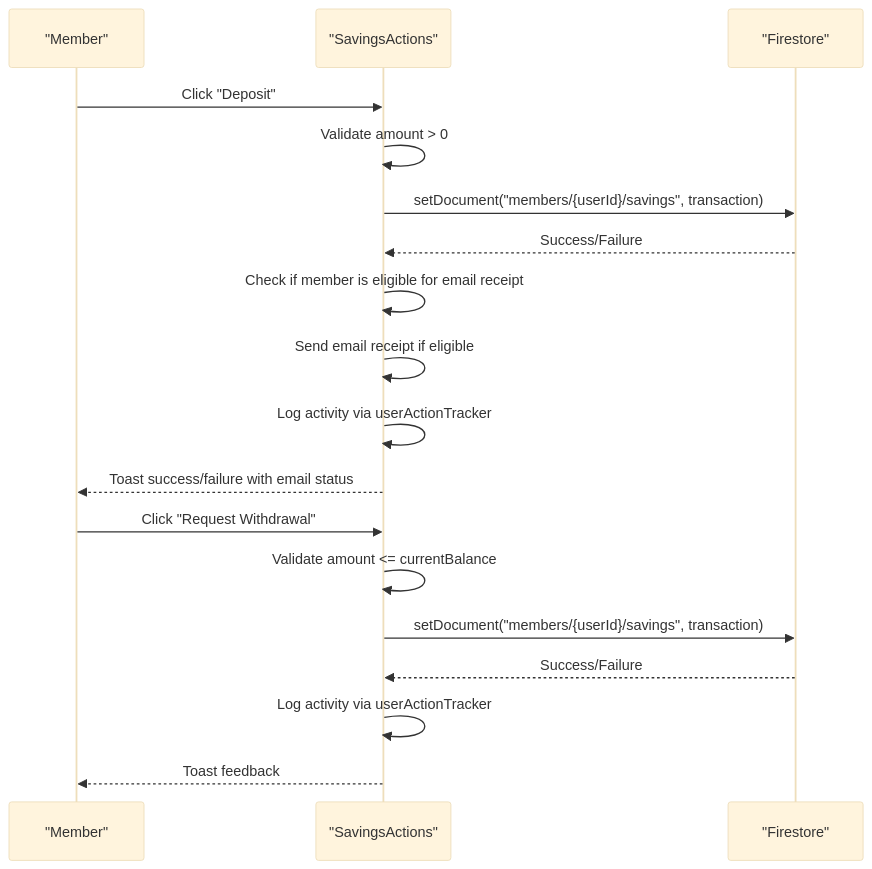
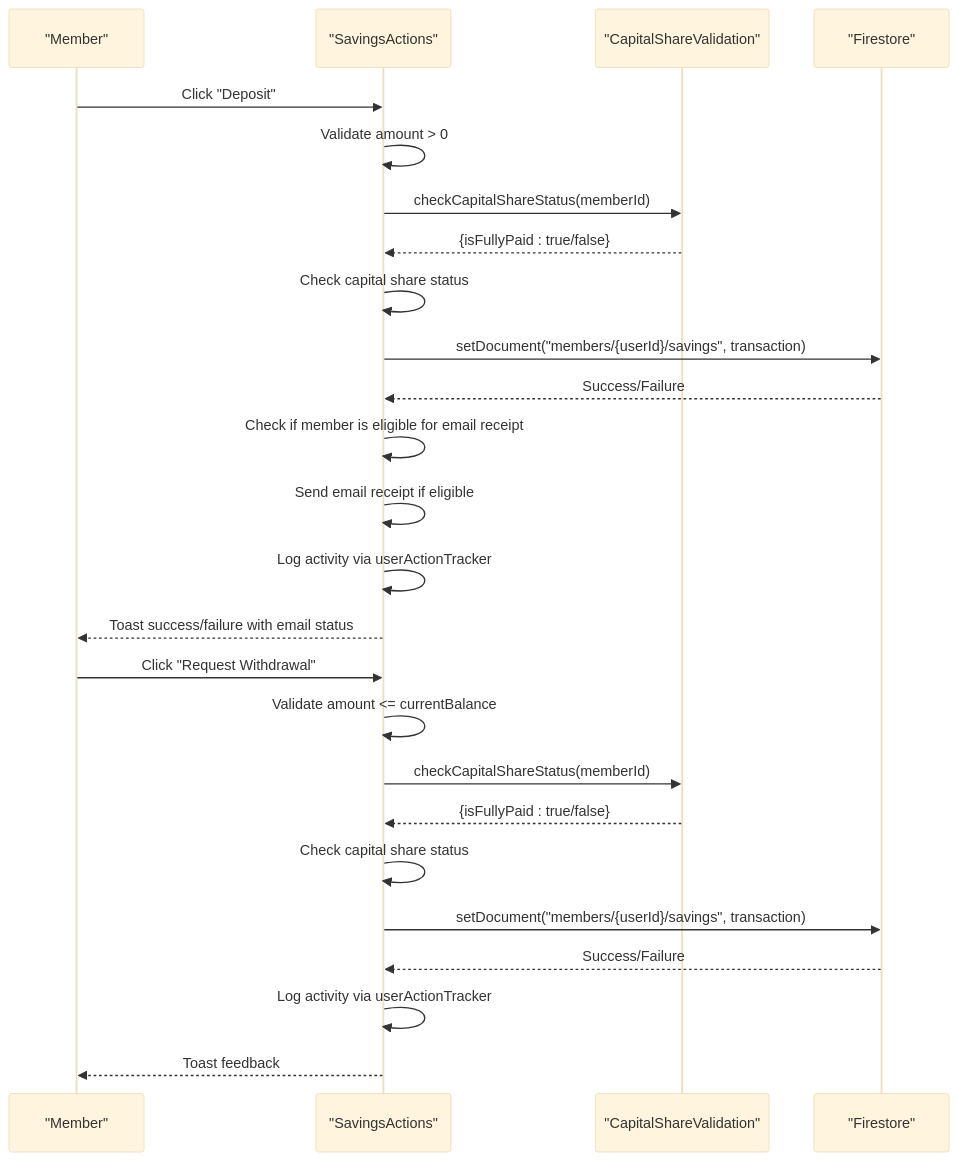
The tenth of 26 diagrams in .qoder/repowiki/en/content/Savings Management System/Savings Management System.md (Unsure-bry/sampacoop_system), drawn with Mermaid (base theme) before and after one commit. The commit also changed other lines of this file and 5 other files, not shown here.

````diff
--- a/.qoder/repowiki/en/content/Savings Management System/Savings Management System.md
+++ b/.qoder/repowiki/en/content/Savings Management System/Savings Management System.md
@@ -432,20 +500,27 @@
 ```mermaid
 sequenceDiagram
 participant M as "Member"
 participant UI as "SavingsActions"
+participant CS as "CapitalShareValidation"
 participant FS as "Firestore"
 M->>UI : Click "Deposit"
 UI->>UI : Validate amount > 0
+UI->>CS : checkCapitalShareStatus(memberId)
+CS-->>UI : {isFullyPaid : true/false}
+UI->>UI : Check capital share status
 UI->>FS : setDocument("members/{userId}/savings", transaction)
 FS-->>UI : Success/Failure
 UI->>UI : Check if member is eligible for email receipt
 UI->>UI : Send email receipt if eligible
 UI->>UI : Log activity via userActionTracker
 UI-->>M : Toast success/failure with email status
 M->>UI : Click "Request Withdrawal"
 UI->>UI : Validate amount <= currentBalance
+UI->>CS : checkCapitalShareStatus(memberId)
+CS-->>UI : {isFullyPaid : true/false}
+UI->>UI : Check capital share status
 UI->>FS : setDocument("members/{userId}/savings", transaction)
 FS-->>UI : Success/Failure
 UI->>UI : Log activity via userActionTracker
 UI-->>M : Toast feedback
 ```
````
